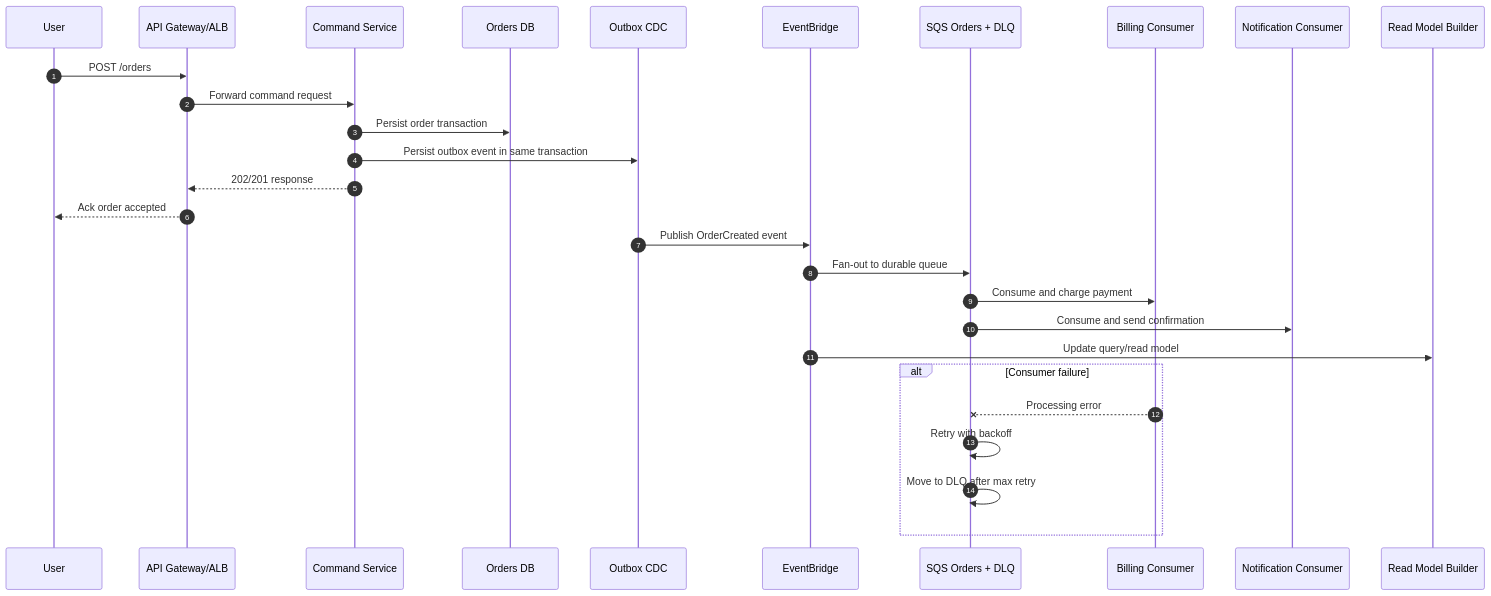
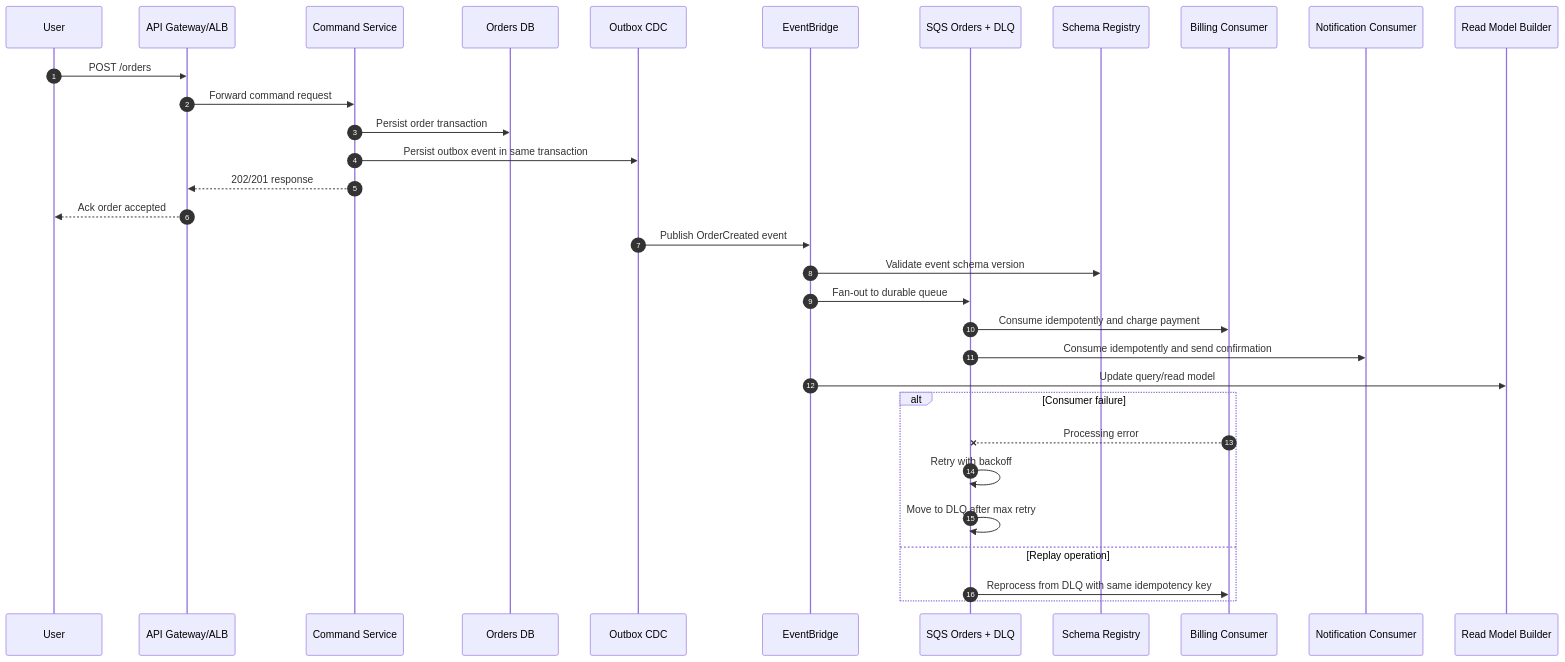
One commit to dhananjay8/leetcode changed the diagram in diagrams/sequence/aws-event-driven-sequence.md. Above: the diagram before and after it, drawn with Mermaid. The commit also changed other lines of this file and 17 other files, not shown here.

Commit message:
Refactor interview-ready cloud architecture diagrams

````diff
--- a/diagrams/sequence/aws-event-driven-sequence.md
+++ b/diagrams/sequence/aws-event-driven-sequence.md
@@ -3,33 +3,37 @@
 ```mermaid
 sequenceDiagram
     autonumber
     participant User as User
     participant API as API Gateway/ALB
     participant CMD as Command Service
     participant OLTP as Orders DB
     participant OUT as Outbox CDC
     participant EVB as EventBridge
     participant Q1 as SQS Orders + DLQ
+    participant REG as Schema Registry
     participant BILL as Billing Consumer
     participant NOTIF as Notification Consumer
     participant READ as Read Model Builder
 
     User->>API: POST /orders
     API->>CMD: Forward command request
     CMD->>OLTP: Persist order transaction
     CMD->>OUT: Persist outbox event in same transaction
     CMD-->>API: 202/201 response
     API-->>User: Ack order accepted
 
     OUT->>EVB: Publish OrderCreated event
+    EVB->>REG: Validate event schema version
     EVB->>Q1: Fan-out to durable queue
-    Q1->>BILL: Consume and charge payment
-    Q1->>NOTIF: Consume and send confirmation
+    Q1->>BILL: Consume idempotently and charge payment
+    Q1->>NOTIF: Consume idempotently and send confirmation
     EVB->>READ: Update query/read model
 
     alt Consumer failure
         BILL--xQ1: Processing error
         Q1->>Q1: Retry with backoff
         Q1->>Q1: Move to DLQ after max retry
+    else Replay operation
+        Q1->>BILL: Reprocess from DLQ with same idempotency key
     end
 ```
````
